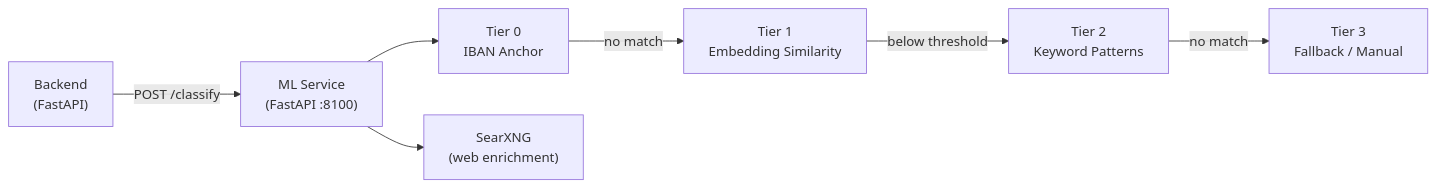
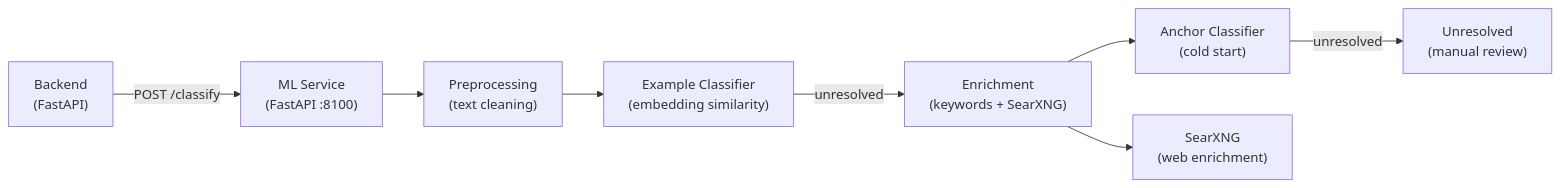
Before and after one commit to maltewinckler/swen: the diagram in docs/ml/index.md, drawn with Mermaid. The commit also changed other lines of this file and 18 other files, not shown here.

````diff
--- a/docs/ml/index.md
+++ b/docs/ml/index.md
@@ -45,9 +46,10 @@
 ```mermaid
 graph LR
-    backend["Backend\n(FastAPI)"] -->|"POST /classify"| ml["ML Service\n(FastAPI :8100)"]
-    ml --> tier0["Tier 0\nIBAN Anchor"]
-    tier0 -->|no match| tier1["Tier 1\nEmbedding Similarity"]
-    tier1 -->|below threshold| tier2["Tier 2\nKeyword Patterns"]
-    tier2 -->|no match| tier3["Tier 3\nFallback / Manual"]
-    ml --> searxng["SearXNG\n(web enrichment)"]
+    backend["Backend<br>(FastAPI)"] -->|"POST /classify"| ml["ML Service<br>(FastAPI :8100)"]
+    ml --> pre["Preprocessing<br>(text cleaning)"]
+    pre --> example["Example Classifier<br>(embedding similarity)"]
+    example -->|unresolved| enrich["Enrichment<br>(keywords + SearXNG)"]
+    enrich --> anchor["Anchor Classifier<br>(cold start)"]
+    anchor -->|unresolved| fallback["Unresolved<br>(manual review)"]
+    enrich --> searxng["SearXNG<br>(web enrichment)"]
 ```
````
